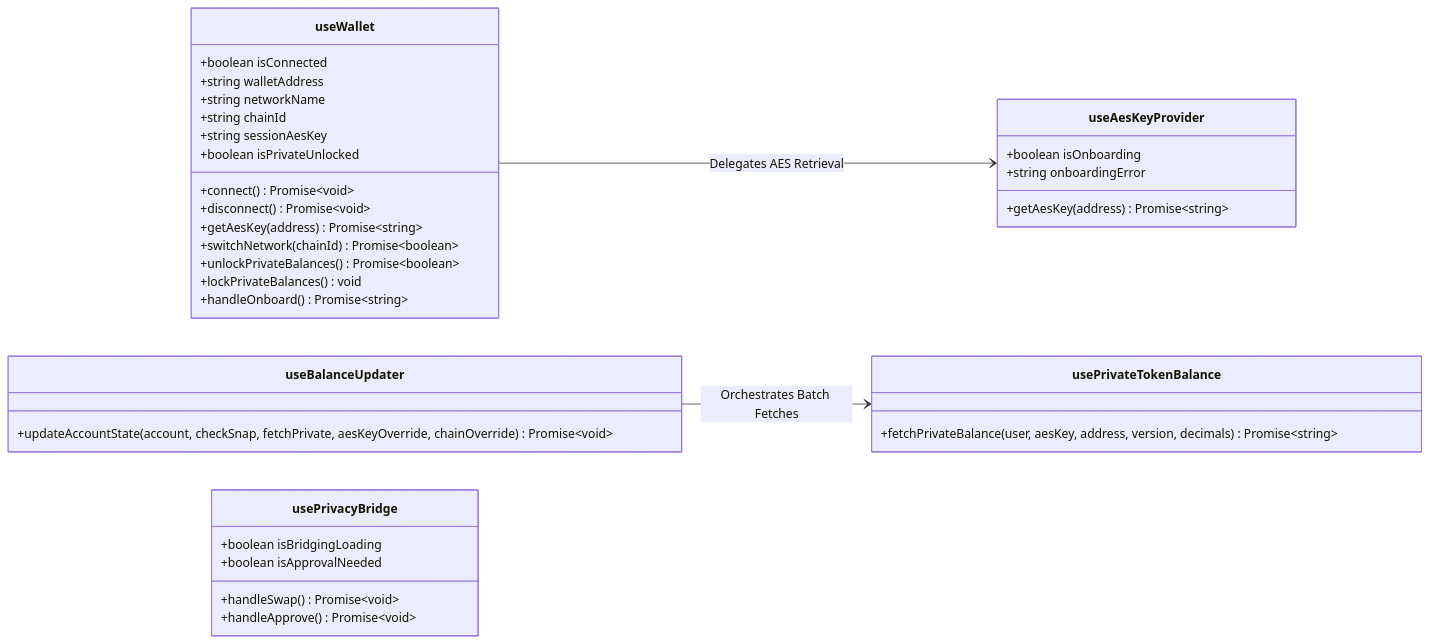
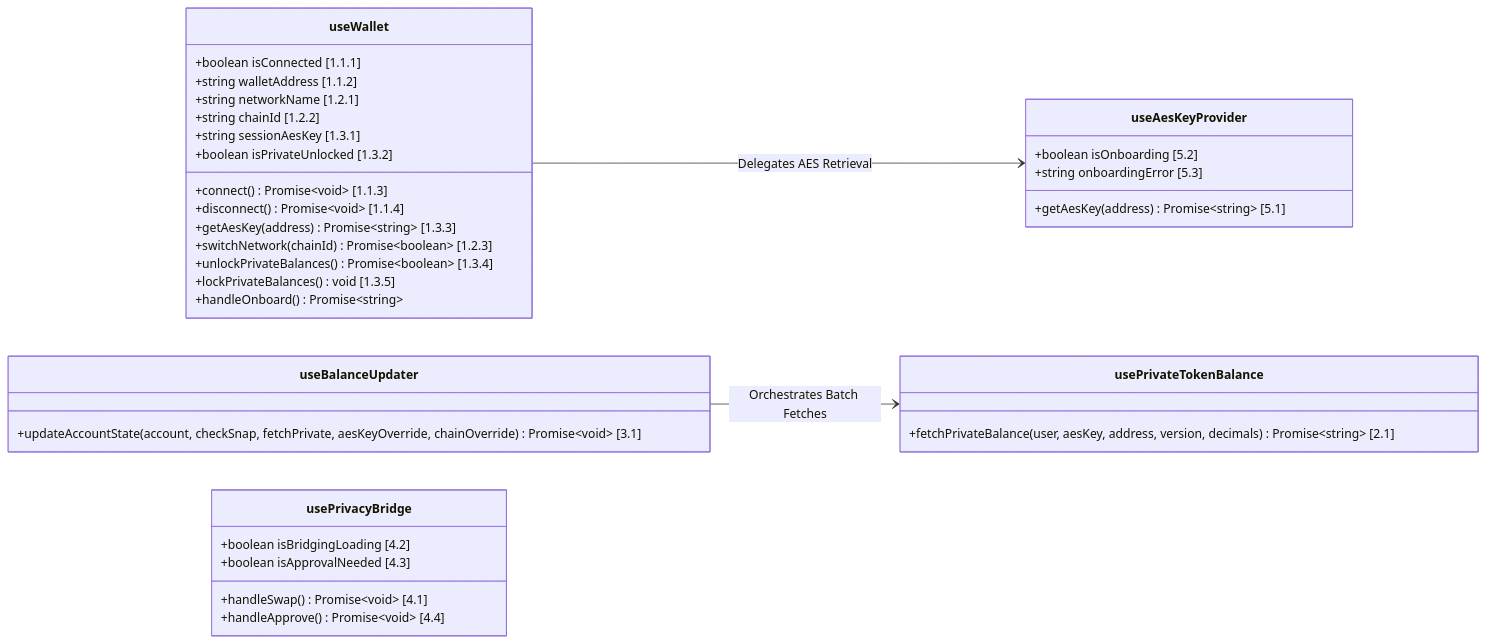
Before and after one commit to coti-io/coti-wallet-plugin: the diagram in README.md, drawn with Mermaid. The commit also changed other lines of this file, not shown here.

Commit message:
docs: add API reference numbers to Plugin Architecture diagram

````diff
--- a/README.md
+++ b/README.md
@@ -63,44 +63,44 @@
 ```mermaid
 classDiagram
     direction LR
 
     class useWallet {
-        +boolean isConnected
-        +string walletAddress
-        +string networkName
-        +string chainId
-        +string sessionAesKey
-        +boolean isPrivateUnlocked
-        +connect() Promise~void~
-        +disconnect() Promise~void~
-        +getAesKey(address) Promise~string~
-        +switchNetwork(chainId) Promise~boolean~
-        +unlockPrivateBalances() Promise~boolean~
-        +lockPrivateBalances() void
+        +boolean isConnected [1.1.1]
+        +string walletAddress [1.1.2]
+        +string networkName [1.2.1]
+        +string chainId [1.2.2]
+        +string sessionAesKey [1.3.1]
+        +boolean isPrivateUnlocked [1.3.2]
+        +connect() Promise~void~ [1.1.3]
+        +disconnect() Promise~void~ [1.1.4]
+        +getAesKey(address) Promise~string~ [1.3.3]
+        +switchNetwork(chainId) Promise~boolean~ [1.2.3]
+        +unlockPrivateBalances() Promise~boolean~ [1.3.4]
+        +lockPrivateBalances() void [1.3.5]
         +handleOnboard() Promise~string~
     }
 
     class usePrivateTokenBalance {
-        +fetchPrivateBalance(user, aesKey, address, version, decimals) Promise~string~
+        +fetchPrivateBalance(user, aesKey, address, version, decimals) Promise~string~ [2.1]
     }
 
     class useBalanceUpdater {
-      +updateAccountState(account, checkSnap, fetchPrivate, aesKeyOverride, chainOverride) Promise~void~
+      +updateAccountState(account, checkSnap, fetchPrivate, aesKeyOverride, chainOverride) Promise~void~ [3.1]
     }
 
     class usePrivacyBridge {
-        +handleSwap() Promise~void~
-        +boolean isBridgingLoading
-        +handleApprove() Promise~void~
-        +boolean isApprovalNeeded
+        +handleSwap() Promise~void~ [4.1]
+        +boolean isBridgingLoading [4.2]
+        +handleApprove() Promise~void~ [4.4]
+        +boolean isApprovalNeeded [4.3]
     }
 
     class useAesKeyProvider {
-        +boolean isOnboarding
-        +string onboardingError
-        +getAesKey(address) Promise~string~
+        +boolean isOnboarding [5.2]
+        +string onboardingError [5.3]
+        +getAesKey(address) Promise~string~ [5.1]
     }
 
     useWallet --> useAesKeyProvider : Delegates AES Retrieval
     useBalanceUpdater --> usePrivateTokenBalance : Orchestrates Batch Fetches
 ```
````
